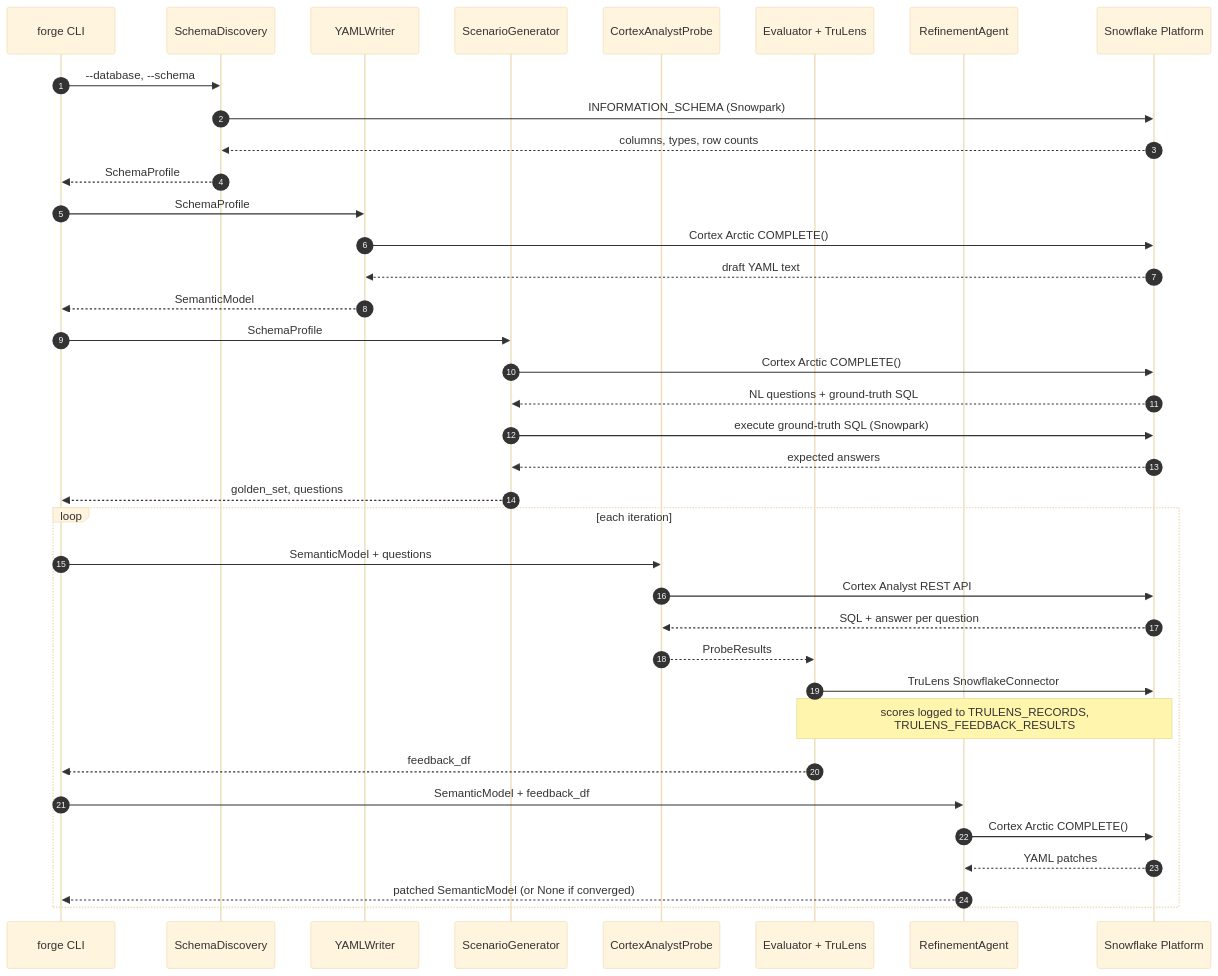
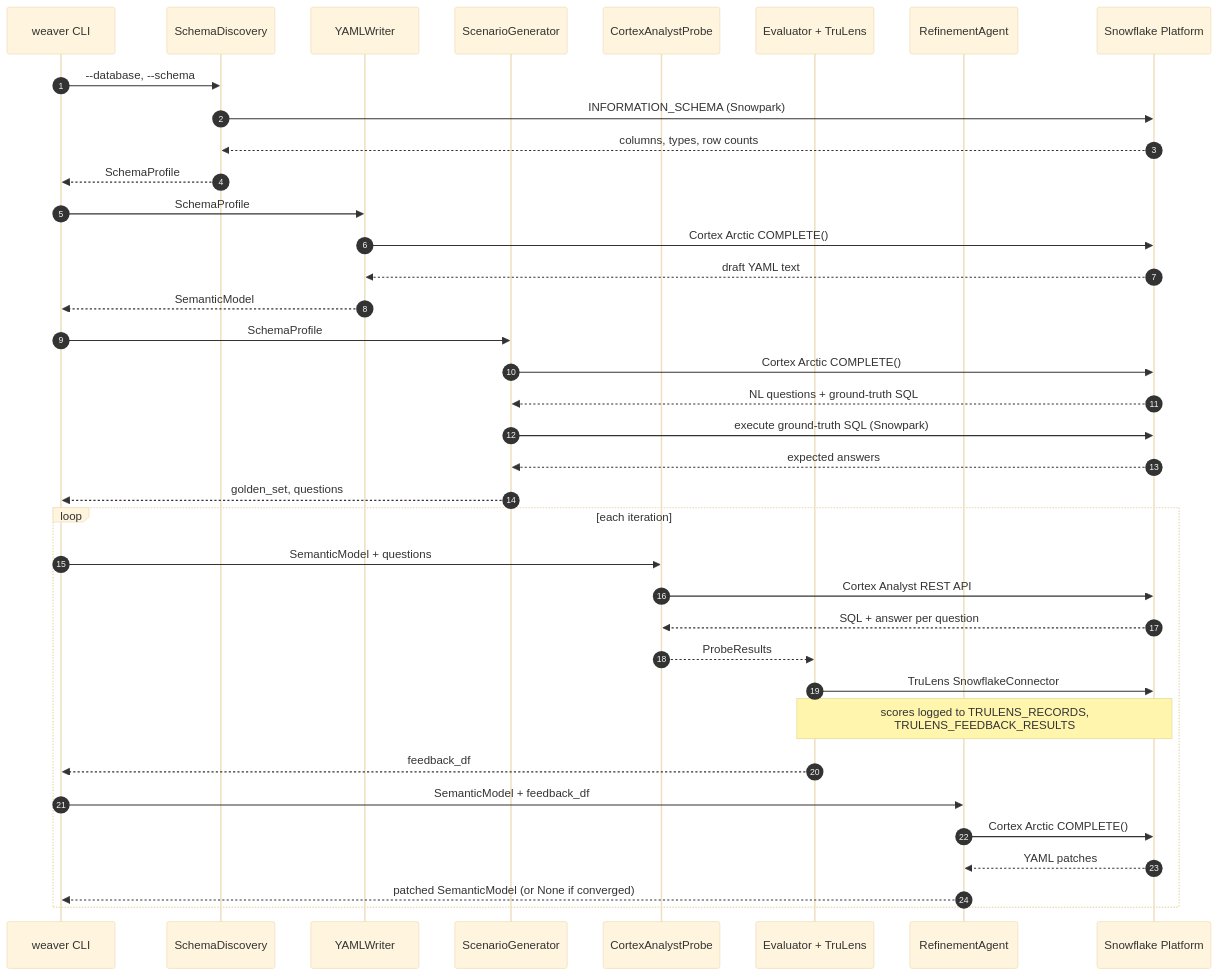
The first of 11 diagrams in .claude/architecture/ARCHITECTURE.md (CynicDog/semantic-model-weaver), drawn with Mermaid (base theme) before and after one commit. The commit also changed other lines of this file and 19 other files, not shown here.

First line of the commit message:
refactor: rename forge → weaver, add rich CLI, prettify banner

````diff
--- a/.claude/architecture/ARCHITECTURE.md
+++ b/.claude/architecture/ARCHITECTURE.md
@@ -49,45 +49,45 @@
 ```mermaid
 sequenceDiagram
     autonumber
-    participant CLI as forge CLI
+    participant CLI as weaver CLI
     participant D as SchemaDiscovery
     participant W as YAMLWriter
     participant S as ScenarioGenerator
     participant P as CortexAnalystProbe
     participant E as Evaluator + TruLens
     participant R as RefinementAgent
     participant SF as Snowflake Platform
 
     CLI->>D: --database, --schema
     D->>SF: INFORMATION_SCHEMA (Snowpark)
     SF-->>D: columns, types, row counts
     D-->>CLI: SchemaProfile
 
     CLI->>W: SchemaProfile
     W->>SF: Cortex Arctic COMPLETE()
     SF-->>W: draft YAML text
     W-->>CLI: SemanticModel
 
     CLI->>S: SchemaProfile
     S->>SF: Cortex Arctic COMPLETE()
     SF-->>S: NL questions + ground-truth SQL
     S->>SF: execute ground-truth SQL (Snowpark)
     SF-->>S: expected answers
     S-->>CLI: golden_set, questions
 
     loop each iteration
         CLI->>P: SemanticModel + questions
         P->>SF: Cortex Analyst REST API
         SF-->>P: SQL + answer per question
         P-->>E: ProbeResults
 
         E->>SF: TruLens SnowflakeConnector
         Note over E,SF: scores logged to TRULENS_RECORDS,<br/>TRULENS_FEEDBACK_RESULTS
         E-->>CLI: feedback_df
 
         CLI->>R: SemanticModel + feedback_df
         R->>SF: Cortex Arctic COMPLETE()
         SF-->>R: YAML patches
         R-->>CLI: patched SemanticModel (or None if converged)
     end
 ```
````
